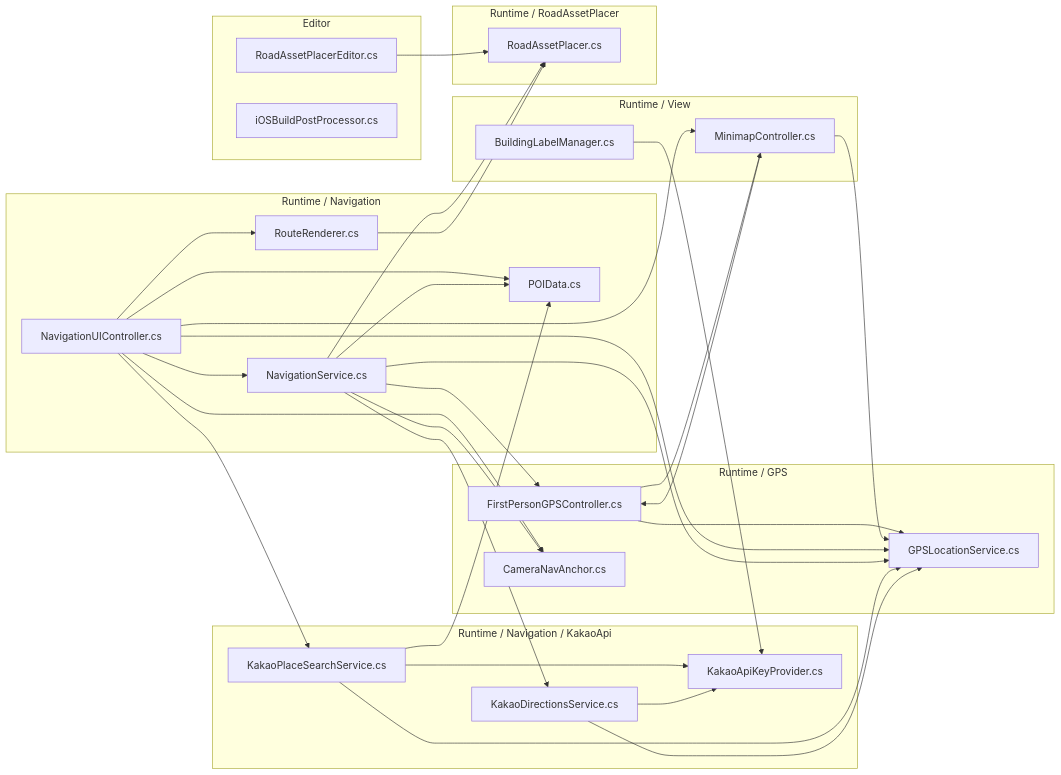
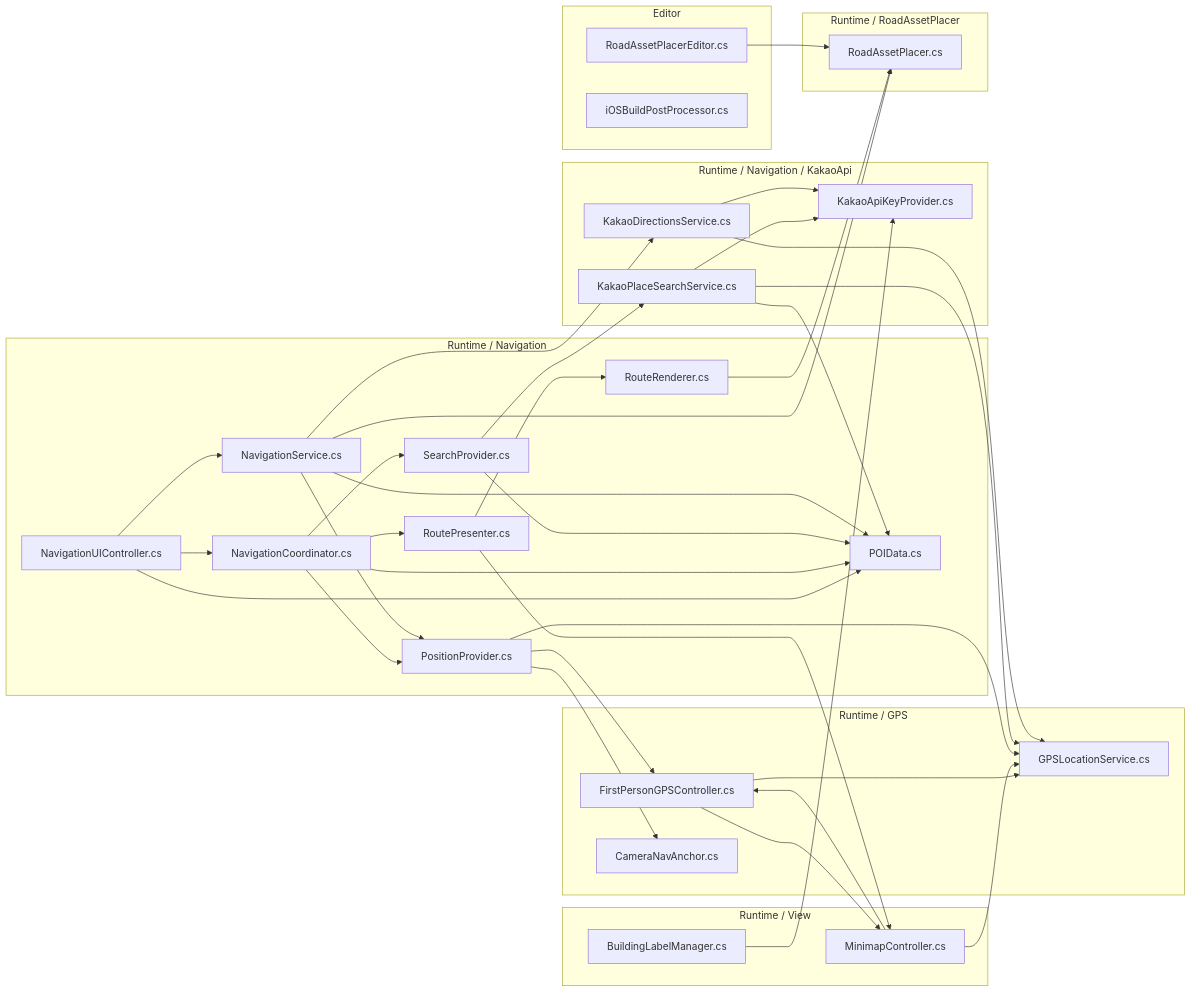
One commit to rugem33/3D_Digital_twin changed the diagram in PIPELINE_OVERVIEW.md. Above: the diagram before and after it, drawn with Mermaid. The commit also changed other lines of this file and 12 other files, not shown here.

````diff
--- a/PIPELINE_OVERVIEW.md
+++ b/PIPELINE_OVERVIEW.md
@@ -1862,69 +1862,82 @@
 ```mermaid
 flowchart LR
     subgraph Editor["Editor"]
         RoadAssetPlacerEditor["RoadAssetPlacerEditor.cs"]
         IOSBuildPostProcessor["iOSBuildPostProcessor.cs"]
     end
 
     subgraph GPS["Runtime / GPS"]
         GPSLocationService["GPSLocationService.cs"]
         FirstPersonGPSController["FirstPersonGPSController.cs"]
         CameraNavAnchor["CameraNavAnchor.cs"]
     end
 
     subgraph Navigation["Runtime / Navigation"]
         NavigationUIController["NavigationUIController.cs"]
         NavigationService["NavigationService.cs"]
+        NavigationCoordinator["NavigationCoordinator.cs"]
+        SearchProvider["SearchProvider.cs"]
+        RoutePresenter["RoutePresenter.cs"]
+        PositionProvider["PositionProvider.cs"]
         RouteRenderer["RouteRenderer.cs"]
         POIData["POIData.cs"]
     end
 
     subgraph Kakao["Runtime / Navigation / KakaoApi"]
         KakaoPlaceSearchService["KakaoPlaceSearchService.cs"]
         KakaoDirectionsService["KakaoDirectionsService.cs"]
         KakaoApiKeyProvider["KakaoApiKeyProvider.cs"]
     end
 
     subgraph View["Runtime / View"]
         MinimapController["MinimapController.cs"]
         BuildingLabelManager["BuildingLabelManager.cs"]
     end
 
     subgraph Placement["Runtime / RoadAssetPlacer"]
         RoadAssetPlacer["RoadAssetPlacer.cs"]
     end
 
     RoadAssetPlacerEditor --> RoadAssetPlacer
 
     FirstPersonGPSController --> GPSLocationService
     FirstPersonGPSController --> MinimapController
 
     MinimapController --> GPSLocationService
     MinimapController --> FirstPersonGPSController
 
     NavigationUIController --> NavigationService
-    NavigationUIController --> RouteRenderer
-    NavigationUIController --> GPSLocationService
-    NavigationUIController --> KakaoPlaceSearchService
-    NavigationUIController --> MinimapController
-    NavigationUIController --> CameraNavAnchor
+    NavigationUIController --> NavigationCoordinator
     NavigationUIController --> POIData
 
-    NavigationService --> GPSLocationService
-    NavigationService --> FirstPersonGPSController
-    NavigationService --> CameraNavAnchor
+    NavigationCoordinator --> SearchProvider
+    NavigationCoordinator --> RoutePresenter
+    NavigationCoordinator --> PositionProvider
+    NavigationCoordinator --> POIData
+
+    SearchProvider --> KakaoPlaceSearchService
+    SearchProvider --> POIData
+
+    RoutePresenter --> RouteRenderer
+    RoutePresenter --> MinimapController
+
+    PositionProvider --> GPSLocationService
+    PositionProvider --> CameraNavAnchor
+    PositionProvider --> FirstPersonGPSController
+
+    NavigationService --> PositionProvider
     NavigationService --> KakaoDirectionsService
     NavigationService --> RoadAssetPlacer
     NavigationService --> POIData
 
     RouteRenderer --> RoadAssetPlacer
 
     KakaoPlaceSearchService --> GPSLocationService
     KakaoPlaceSearchService --> KakaoApiKeyProvider
     KakaoPlaceSearchService --> POIData
 
     KakaoDirectionsService --> GPSLocationService
     KakaoDirectionsService --> KakaoApiKeyProvider
 
     BuildingLabelManager --> KakaoApiKeyProvider
 ```
````
